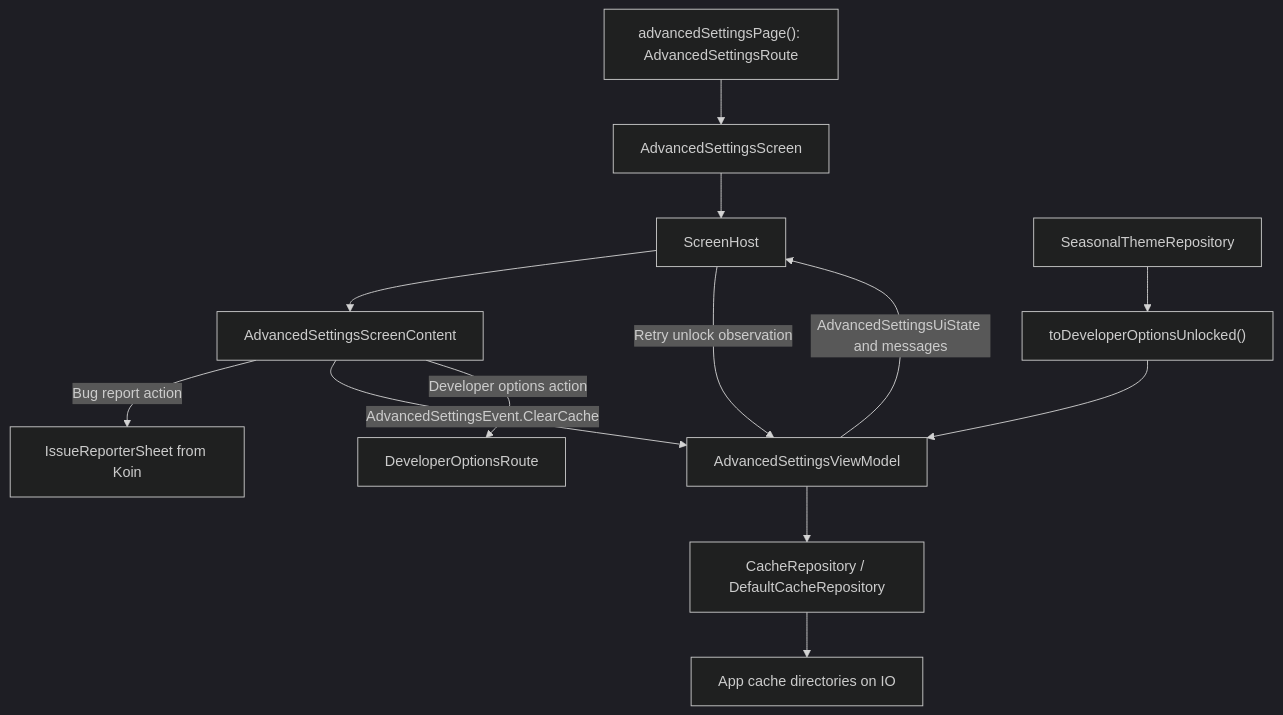
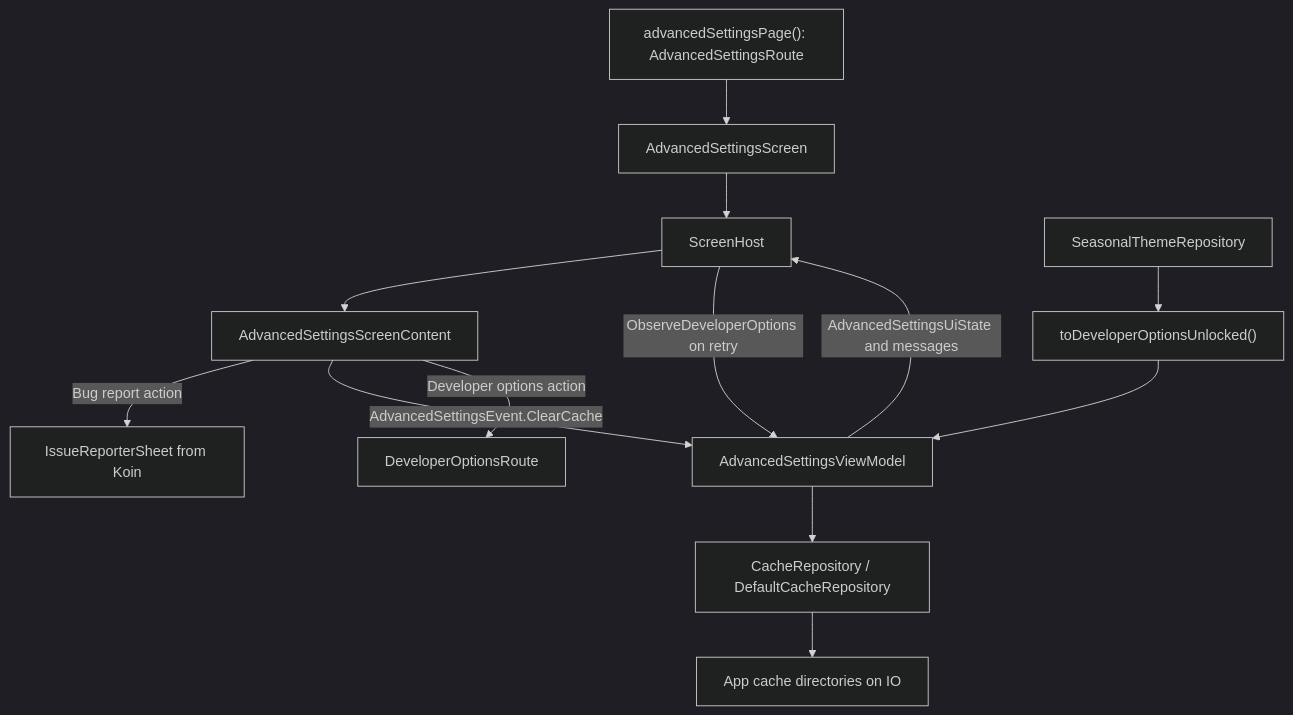
Before and after one commit to MihaiCristianCondrea/App-Toolkit-for-Android: the diagram in library/feature/advanced/README.md, drawn with Mermaid (dark theme). The commit also changed 29 other files, not shown here.

````diff
--- a/library/feature/advanced/README.md
+++ b/library/feature/advanced/README.md
@@ -49,15 +49,15 @@
 ```mermaid
 flowchart TD
     Entry["advancedSettingsPage(): AdvancedSettingsRoute"] --> Screen["AdvancedSettingsScreen"]
     Screen --> Host["ScreenHost"]
     Host --> Content["AdvancedSettingsScreenContent"]
     Content -->|"Bug report action"| Sheet["IssueReporterSheet from Koin"]
     Content -->|"AdvancedSettingsEvent.ClearCache"| VM["AdvancedSettingsViewModel"]
     Content -->|"Developer options action"| Developer["DeveloperOptionsRoute"]
     VM --> Repo["CacheRepository / DefaultCacheRepository"]
     Repo --> IO["App cache directories on IO"]
     Unlock["SeasonalThemeRepository"] --> Transformer["toDeveloperOptionsUnlocked()"]
     Transformer --> VM
     VM -->|"AdvancedSettingsUiState and messages"| Host
-    Host -->|"Retry unlock observation"| VM
+    Host -->|"ObserveDeveloperOptions on retry"| VM
 ```
````
